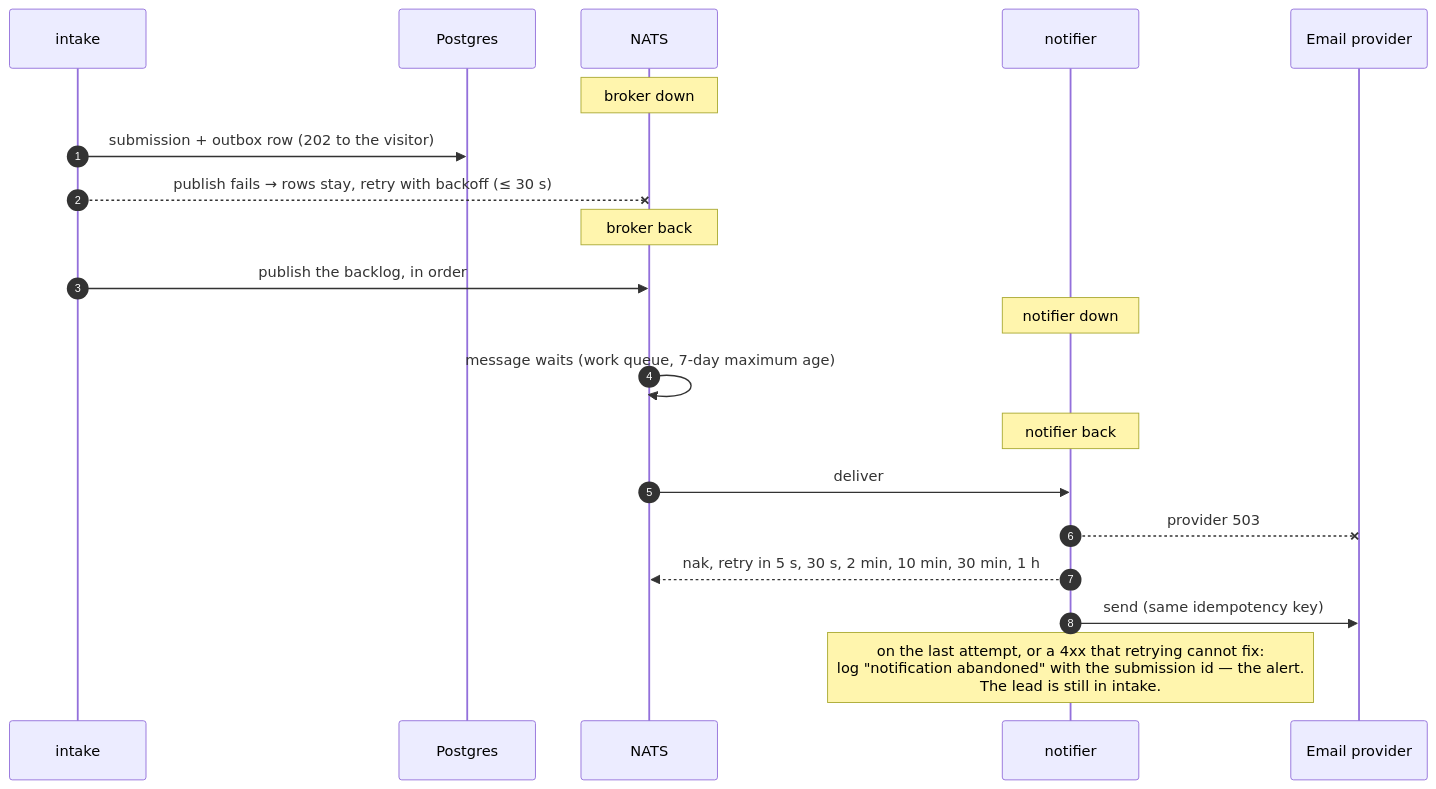
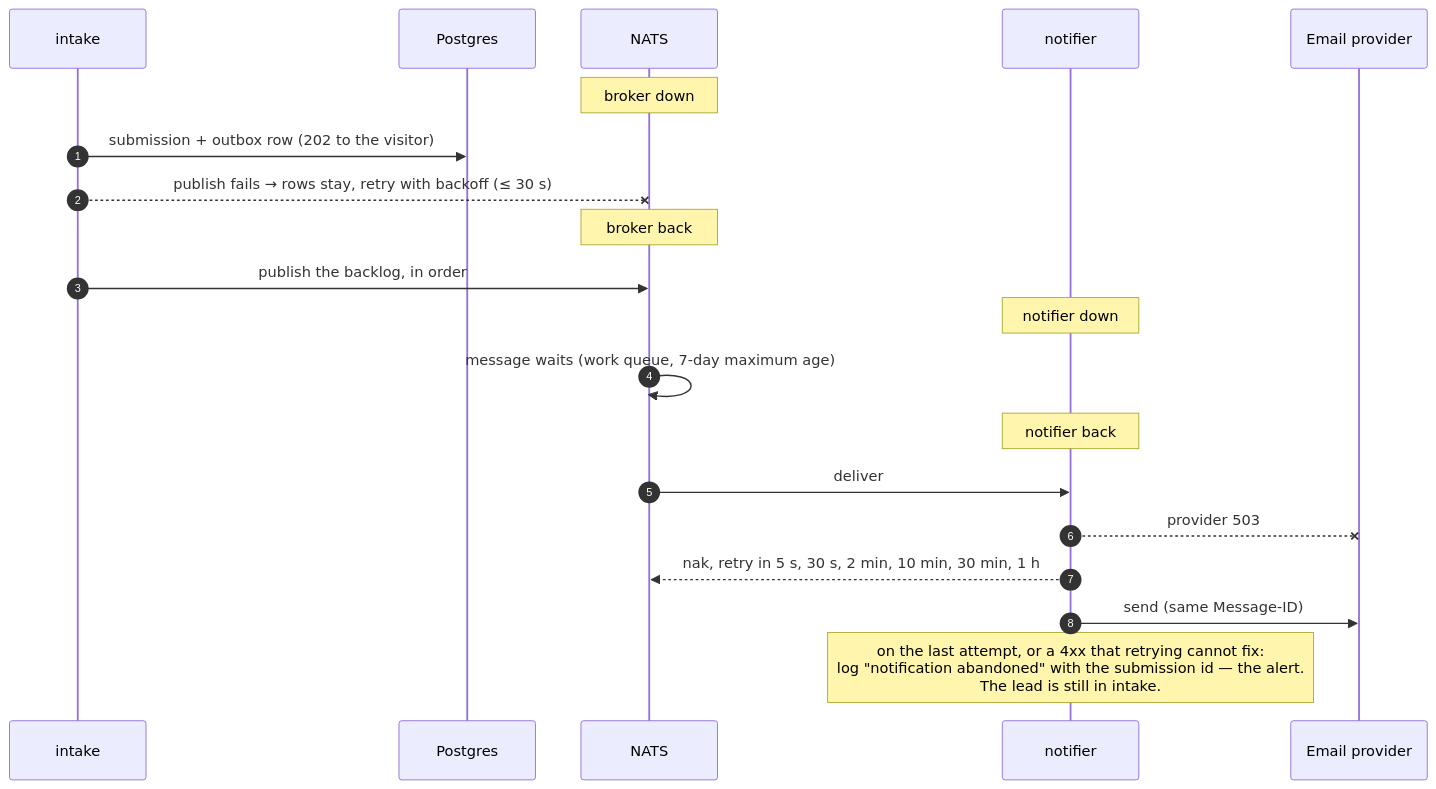
One commit to angritsay/eunice-site changed the third of 5 diagrams in docs/architecture/flows.md. Above: the diagram before and after it, drawn with Mermaid. The commit also changed other lines of this file and 22 other files, not shown here.

````diff
--- a/docs/architecture/flows.md
+++ b/docs/architecture/flows.md
@@ -86,23 +86,23 @@
 ```mermaid
 sequenceDiagram
   autonumber
   participant I as intake
   participant DB as Postgres
   participant N as NATS
   participant C as notifier
   participant M as Email provider
 
   Note over N: broker down
   I->>DB: submission + outbox row (202 to the visitor)
   I--xN: publish fails → rows stay, retry with backoff (≤ 30 s)
   Note over N: broker back
   I->>N: publish the backlog, in order
   Note over C: notifier down
   N->>N: message waits (work queue, 7-day maximum age)
   Note over C: notifier back
   N->>C: deliver
   C--xM: provider 503
   C-->>N: nak, retry in 5 s, 30 s, 2 min, 10 min, 30 min, 1 h
-  C->>M: send (same idempotency key)
+  C->>M: send (same Message-ID)
   Note over C: on the last attempt, or a 4xx that retrying cannot fix:<br/>log "notification abandoned" with the submission id — the alert.<br/>The lead is still in intake.
 ```
````
